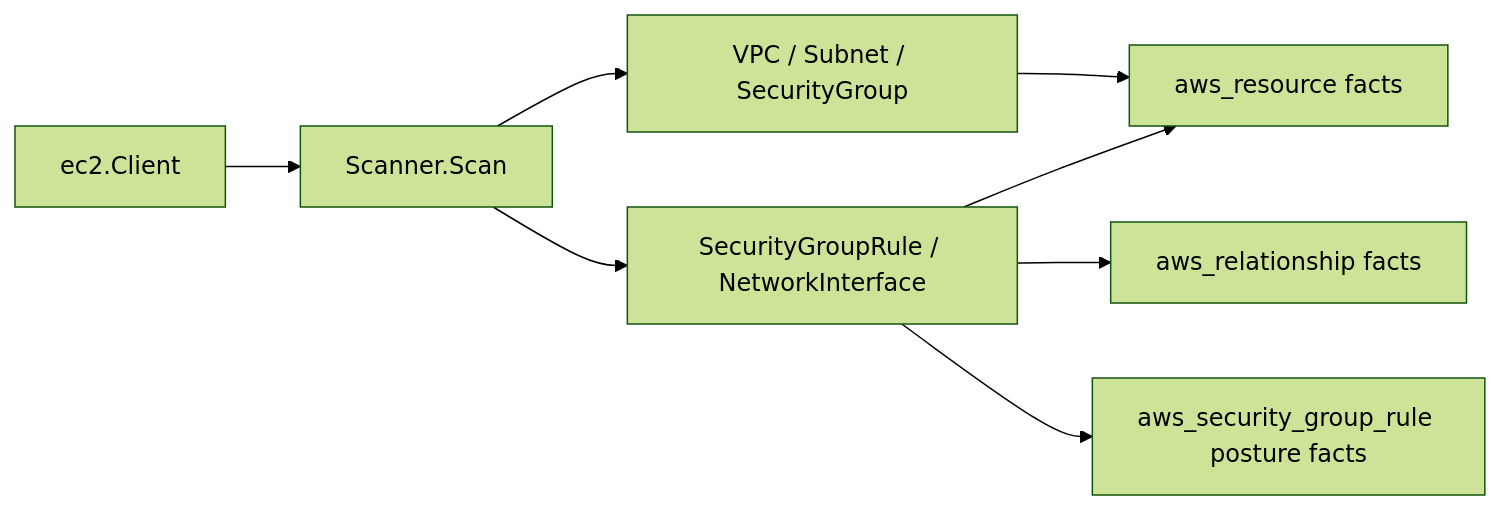
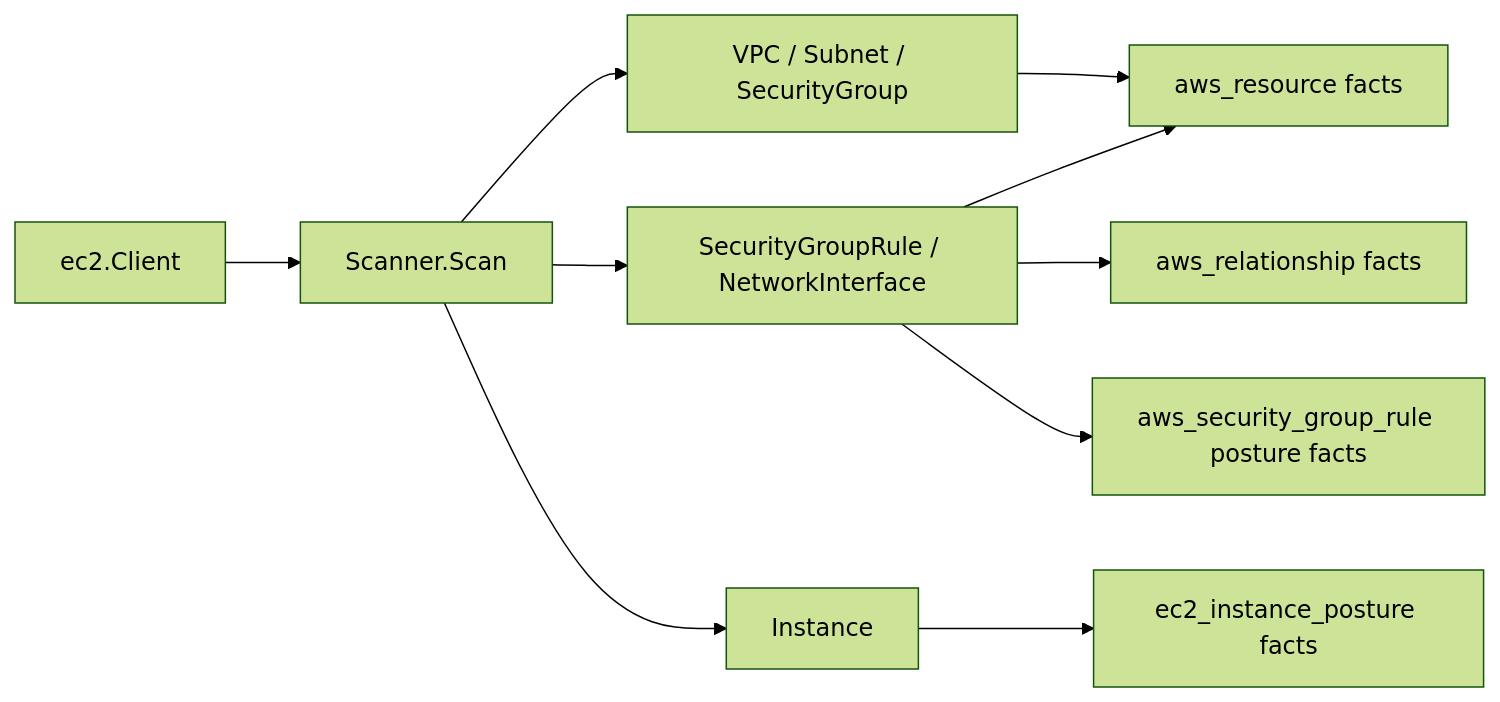
Before and after one commit to eshu-hq/eshu: the diagram in go/internal/collector/awscloud/services/ec2/README.md, drawn with Mermaid (forest theme). The commit also changed other lines of this file and 21 other files, not shown here.

````diff
--- a/go/internal/collector/awscloud/services/ec2/README.md
+++ b/go/internal/collector/awscloud/services/ec2/README.md
@@ -23,10 +32,12 @@
 ```mermaid
 flowchart LR
   A["ec2.Client"] --> B["Scanner.Scan"]
   B --> C["VPC / Subnet / SecurityGroup"]
   B --> D["SecurityGroupRule / NetworkInterface"]
+  B --> H["Instance"]
   C --> E["aws_resource facts"]
   D --> E
   D --> F["aws_relationship facts"]
   D --> G["aws_security_group_rule posture facts"]
+  H --> I["ec2_instance_posture facts"]
 ```
````
